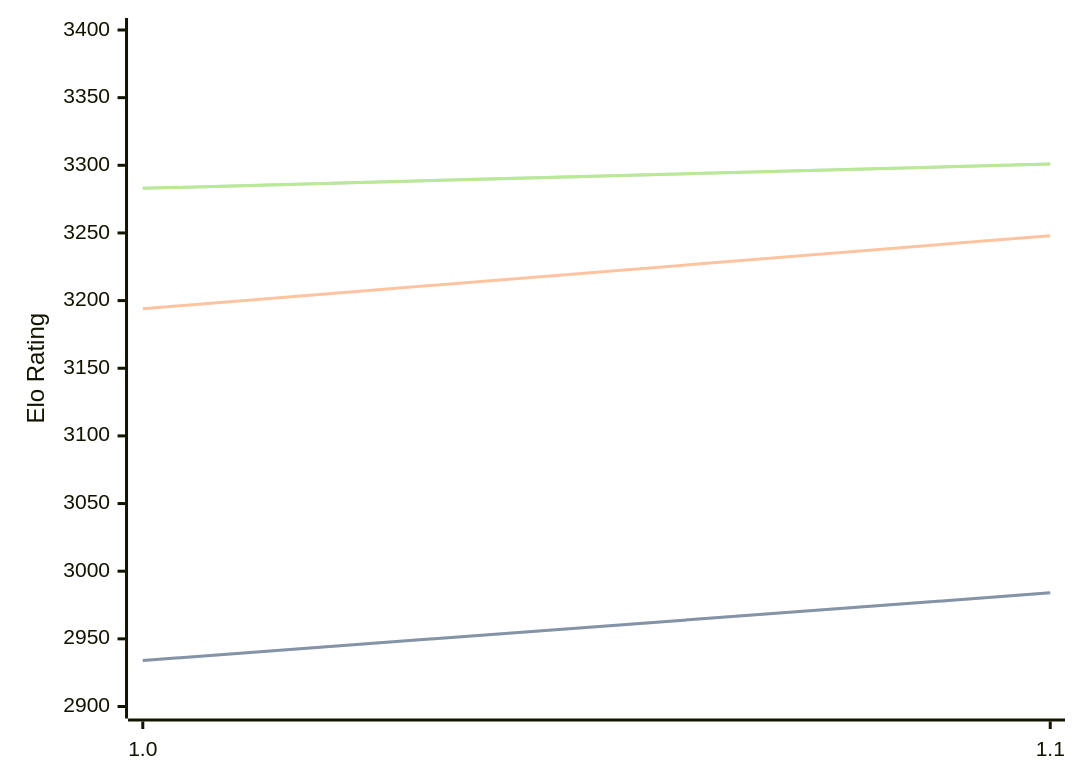
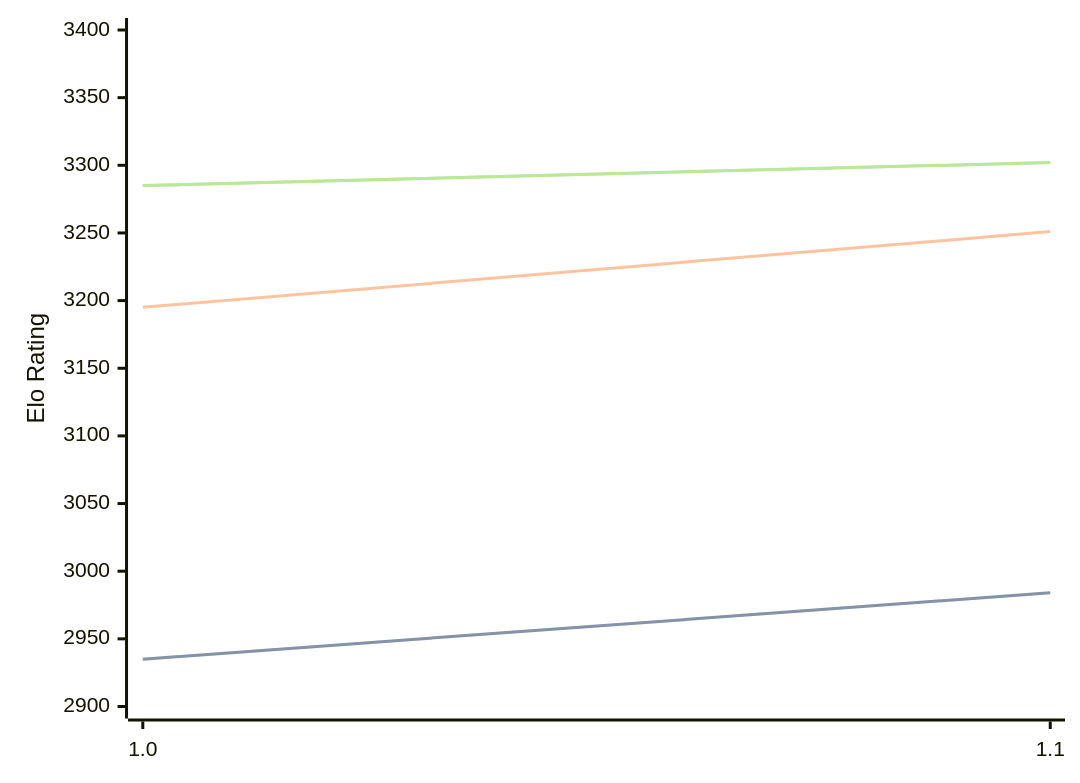
The diagram in engines/RodentV.md (computer-chess-index/cci), drawn with Mermaid before and after one commit. The commit also changed other lines of this file, not shown here.

Commit message:
Update CCI Ratings (ELO VLTC) - 2026-09-01

````diff
--- a/engines/RodentV.md
+++ b/engines/RodentV.md
@@ -33,11 +33,11 @@
 ```mermaid
 %%{init: {"theme":"base","themeVariables":{"seriesColors:['#a3a3a3','#222221','#faa371']}}}%%
 xychart-beta
   x-axis ["1.0", "1.1"]
   y-axis "Elo Rating" 2900 --> 3400
-  line "" [2934, 2984]
-  line "STC (8.0+0.08s)" [2934, 2984]
-  line "LTC (60.0+0.60s)" [3194, 3248]
-  line "" [3283, 3301]
-  line "VLTC (2m24s+1.12s)" [3283, 3301]
+  line "" [2935, 2984]
+  line "STC (8.0+0.08s)" [2935, 2984]
+  line "LTC (60.0+0.60s)" [3195, 3251]
+  line "" [3285, 3302]
+  line "VLTC (2m24s+1.12s)" [3285, 3302]
 ```
````
